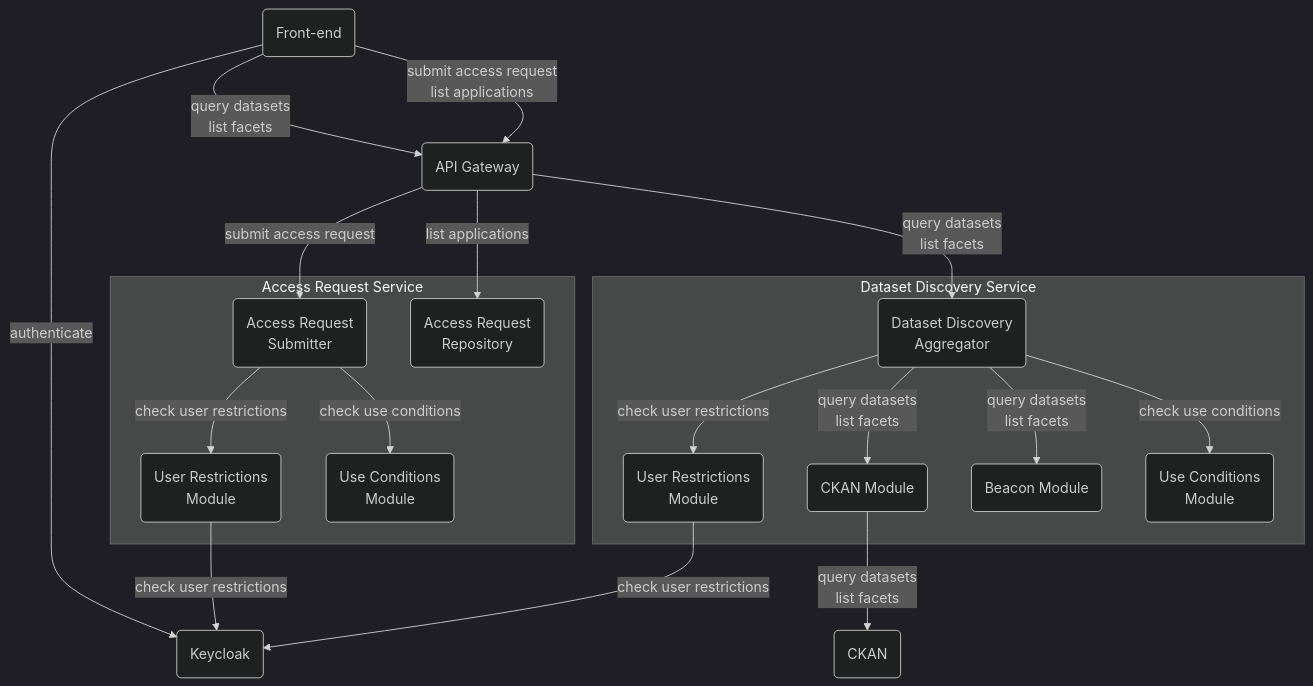
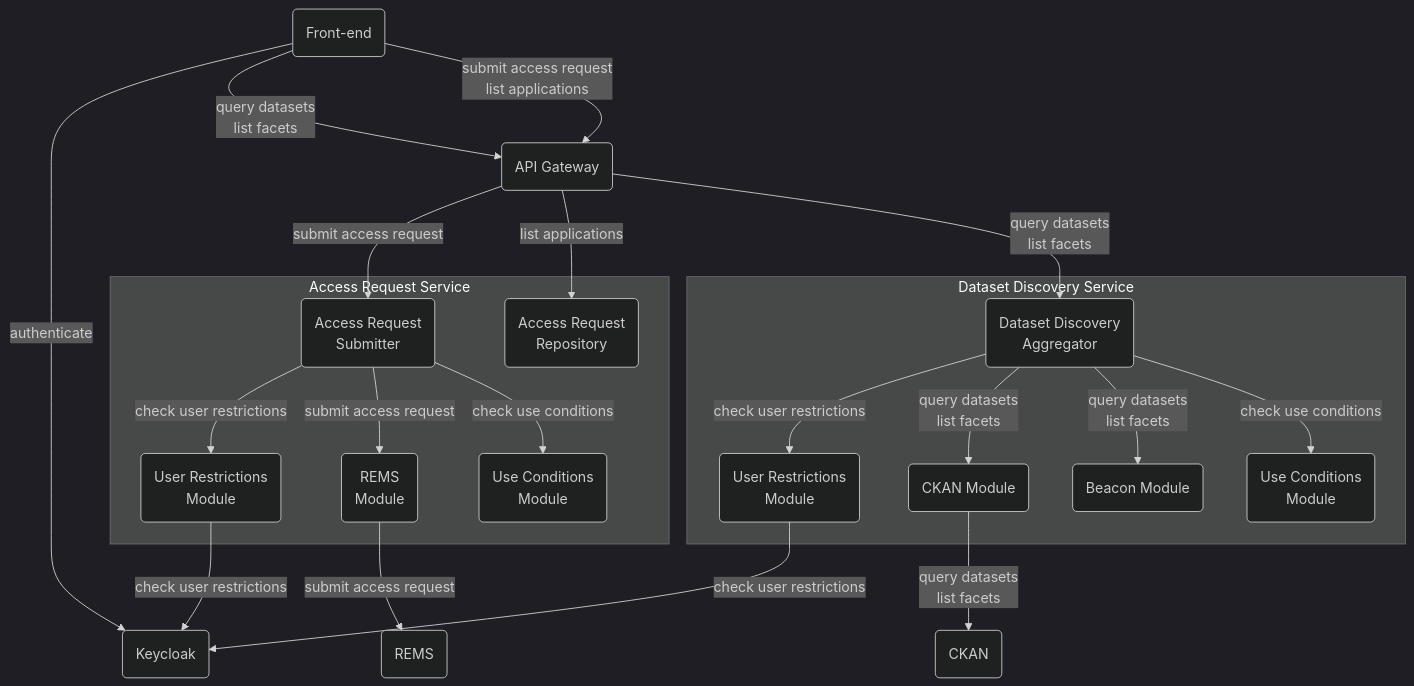
Before and after one commit to GenomicDataInfrastructure/gdi-userportal-docs: the second of 2 diagrams in content/docs/application-architecture/_index.md, drawn with Mermaid (dark theme). The commit also changed other lines of this file, not shown here.

Commit message:
doc: update architecture diagrams

```diff
--- a/content/docs/application-architecture/_index.md
+++ b/content/docs/application-architecture/_index.md
@@ -119,6 +116,11 @@
     keycloak("`
 
     Keycloak
+
+    `")
+    rems("`
+
+    REMS
 
     `")
     subgraph Access Request Service
@@ -147,11 +149,19 @@
         Module
 
         `")
+        rems_module("`
+
+        REMS
+        Module
+
+        `")
         access_request_submitter -->|check user restrictions| user_restrictions_module_2
+        access_request_submitter -->|submit access request| rems_module
         access_request_submitter -->|check use conditions| use_conditions_module_2
     end
     
     user_restrictions_module_2 -->|check user restrictions| keycloak
+    rems_module -->|submit access request| rems
 
     dataset_discovery_aggregator("`
 
```
